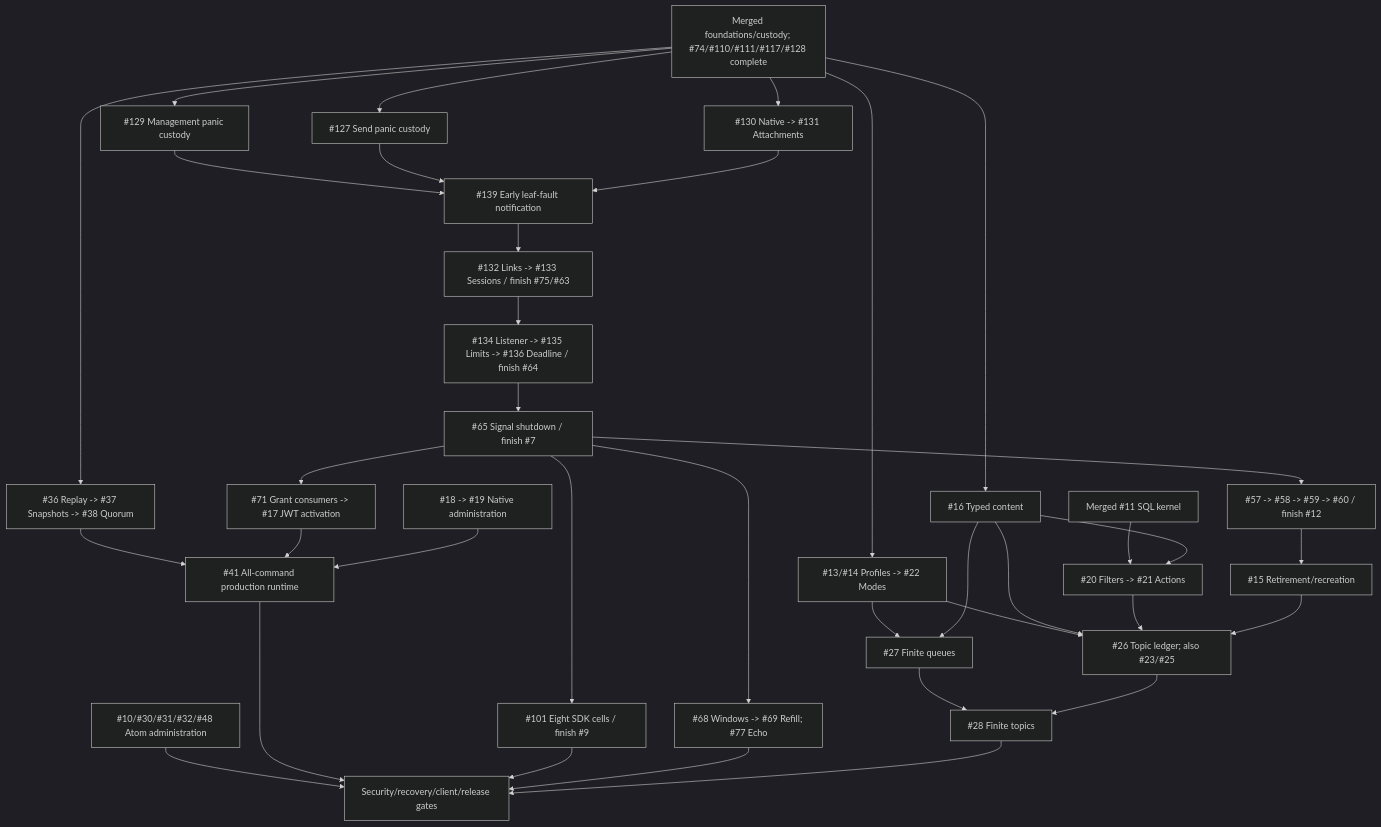
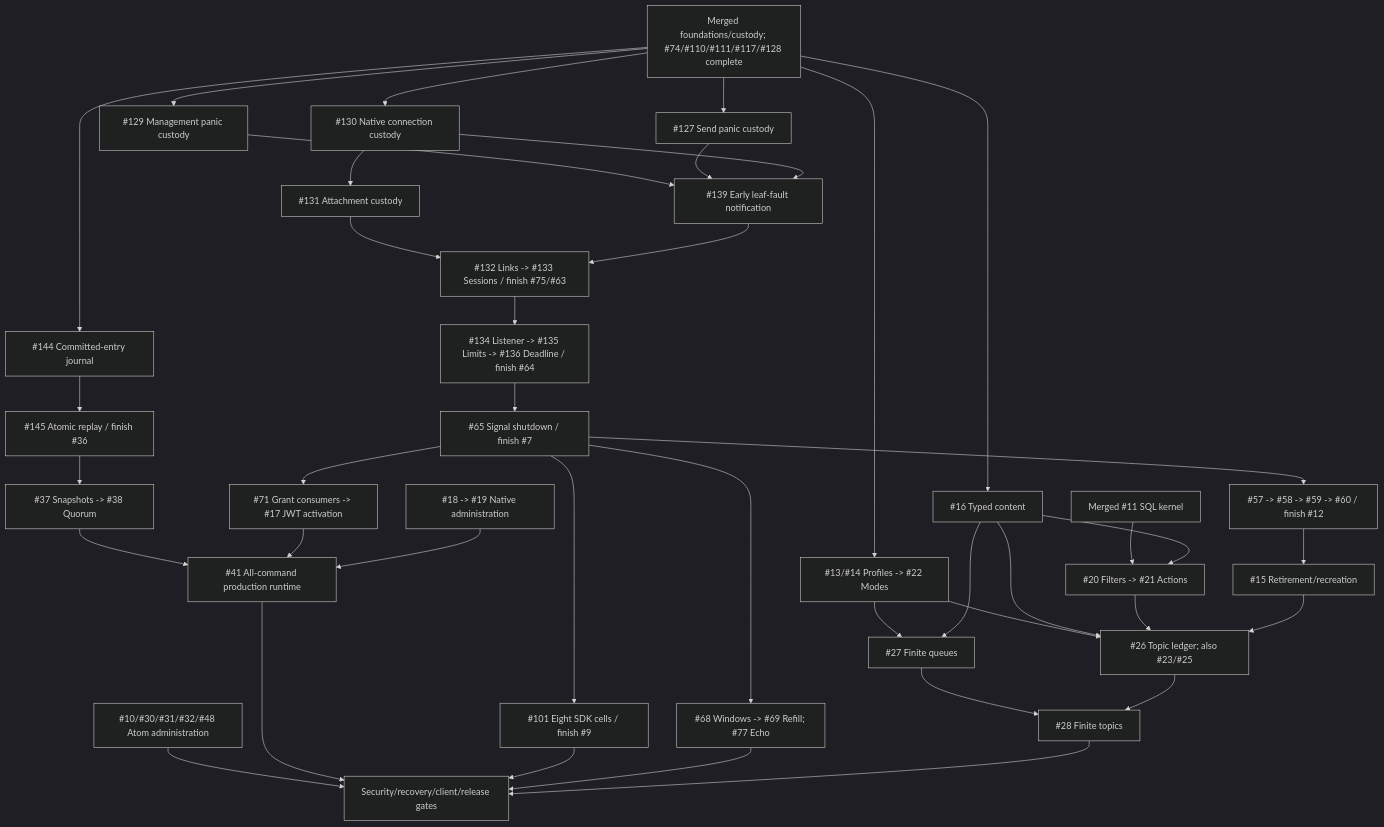
Before and after one commit to DeandreT/switchyard: the diagram in docs/roadmap.md, drawn with Mermaid (dark theme). The commit also changed other lines of this file and 1 other file, not shown here.

First line of the commit message:
docs: consolidate lifecycle contracts and current roadmap

````diff
--- a/docs/roadmap.md
+++ b/docs/roadmap.md
@@ -76,38 +63,42 @@
 ```mermaid
 flowchart TD
     Main["Merged foundations/custody; #74/#110/#111/#117/#128 complete"] --> Send["#127 Send panic custody"]
     Main --> Leaves["#129 Management panic custody"]
-    Main --> Native["#130 Native -> #131 Attachments"]
+    Main --> Native["#130 Native connection custody"]
+    Native --> Attachments["#131 Attachment custody"]
     Leaves --> Fault["#139 Early leaf-fault notification"]
     Send --> Fault
     Native --> Fault
+    Attachments --> Trees
     Fault --> Trees["#132 Links -> #133 Sessions / finish #75/#63"]
     Trees --> Admission["#134 Listener -> #135 Limits -> #136 Deadline / finish #64"]
     Admission --> Signals["#65 Signal shutdown / finish #7"]
     Signals --> Authority["#57 -> #58 -> #59 -> #60 / finish #12"]
     Authority --> Delete["#15 Retirement/recreation"]
     Signals --> Grants["#71 Grant consumers -> #17 JWT activation"]
     Signals --> Matrix["#101 Eight SDK cells / finish #9"]
     Signals --> Windows["#68 Windows -> #69 Refill; #77 Echo"]
     Main --> Profiles["#13/#14 Profiles -> #22 Modes"]
     Main --> Content["#16 Typed content"]
     Kernel["Merged #11 SQL kernel"] --> Rules["#20 Filters -> #21 Actions"]
     Content --> Rules
     Profiles --> Queue["#27 Finite queues"]
     Content --> Queue
     Profiles --> Ledger["#26 Topic ledger; also #23/#25"]
     Content --> Ledger
     Rules --> Ledger
     Delete --> Ledger
     Queue --> Topic["#28 Finite topics"]
     Ledger --> Topic
-    Main --> Log["#36 Replay -> #37 Snapshots -> #38 Quorum"]
-    Log --> Runtime["#41 All-command production runtime"]
+    Main --> Journal["#144 Committed-entry journal"]
+    Journal --> Log["#145 Atomic replay / finish #36"]
+    Log --> Snapshots["#37 Snapshots -> #38 Quorum"]
+    Snapshots --> Runtime["#41 All-command production runtime"]
     Grants --> Runtime
     Admin["#18 -> #19 Native administration"] --> Runtime
     Atom["#10/#30/#31/#32/#48 Atom administration"] --> Gates
     Runtime --> Gates["Security/recovery/client/release gates"]
     Matrix --> Gates
     Windows --> Gates
     Topic --> Gates
 ```
````
